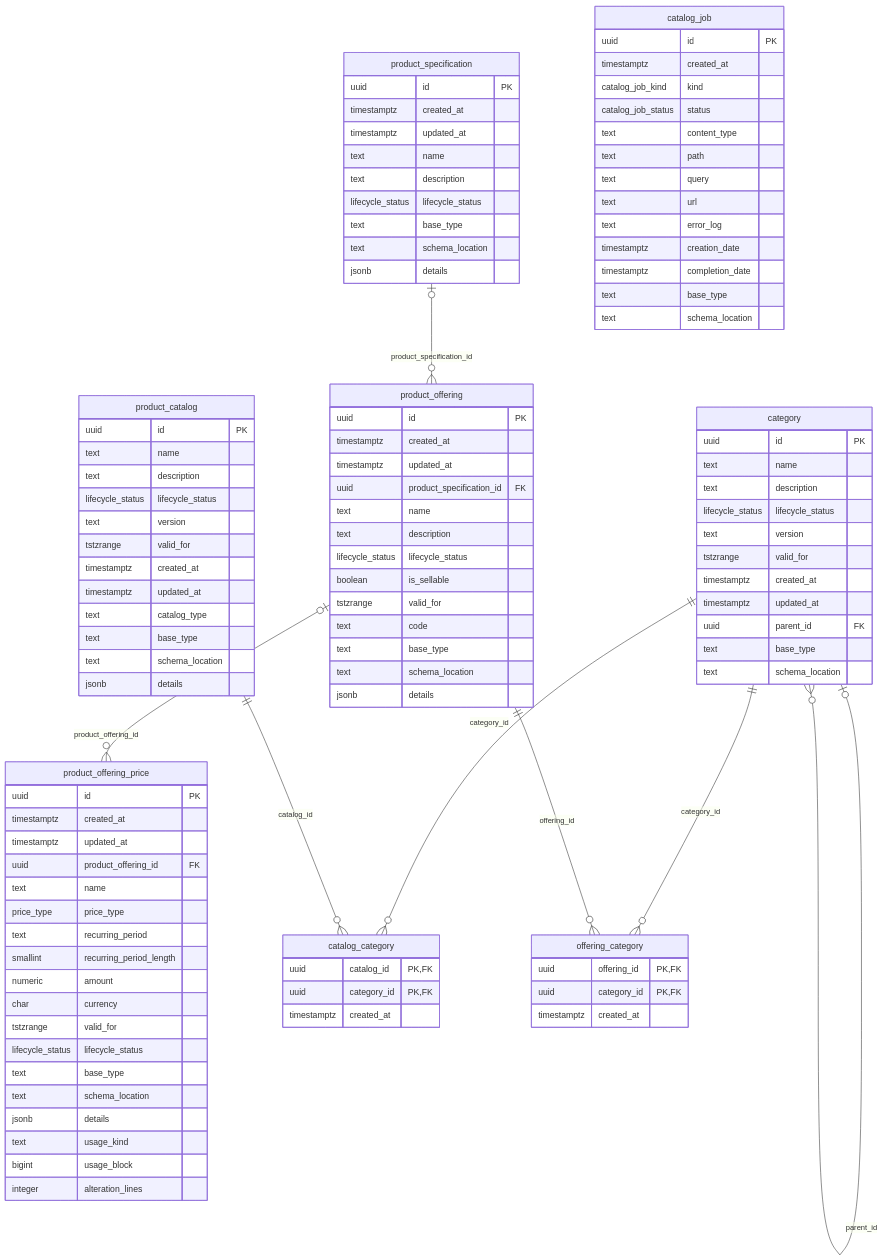
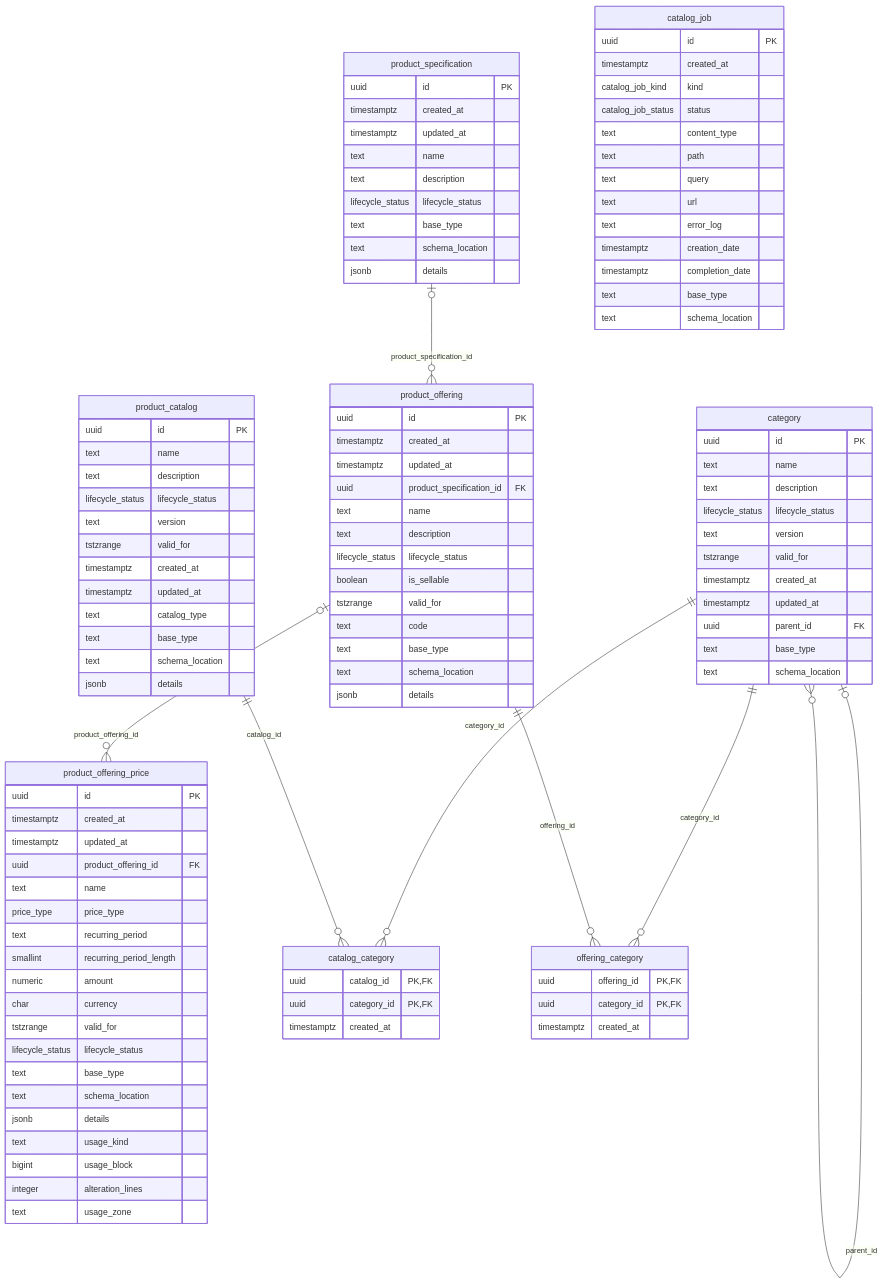
One commit to altharmz/bss changed the third of 14 diagrams in docs/db/README.md. Above: the diagram before and after it, drawn with Mermaid. The commit also changed other lines of this file and 33 other files, not shown here.

```diff
--- a/docs/db/README.md
+++ b/docs/db/README.md
@@ -562,6 +562,7 @@
     text usage_kind
     bigint usage_block
     integer alteration_lines
+    text usage_zone
   }
   category {
     uuid id PK
```
